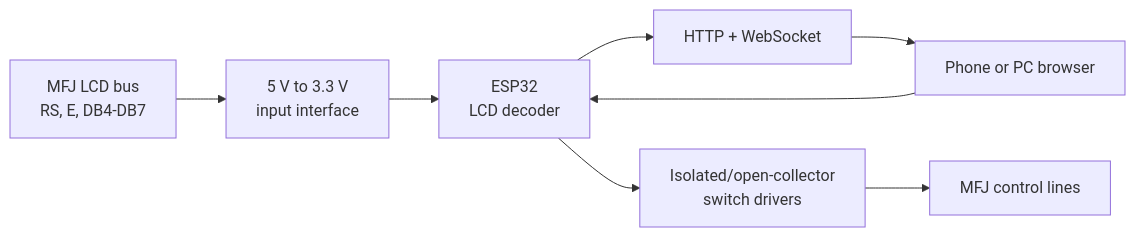
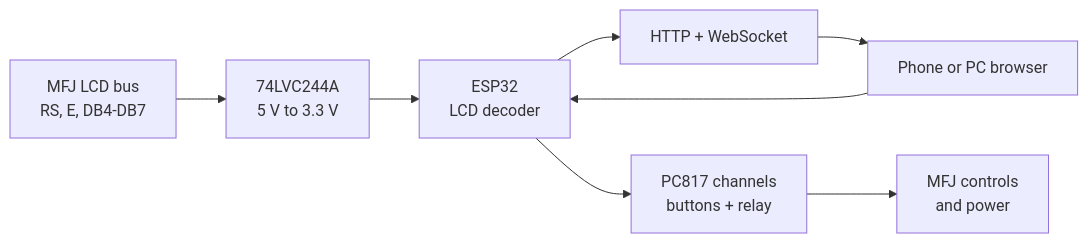
Before and after one commit to Balaganoff/MFJ-993B-Remote-Control: the diagram in README.md, drawn with Mermaid. The commit also changed other lines of this file and 13 other files, not shown here.

````diff
--- a/README.md
+++ b/README.md
@@ -26,7 +42,7 @@
 ```mermaid
 flowchart LR
-    LCD["MFJ LCD bus<br>RS, E, DB4-DB7"] --> LEVEL["5 V to 3.3 V<br>input interface"] --> ESP["ESP32<br>LCD decoder"]
+    LCD["MFJ LCD bus<br>RS, E, DB4-DB7"] --> LEVEL["74LVC244A<br>5 V to 3.3 V"] --> ESP["ESP32<br>LCD decoder"]
     ESP --> WEB["HTTP + WebSocket"] --> UI["Phone or PC browser"]
     UI --> ESP
-    ESP --> DRIVER["Isolated/open-collector<br>switch drivers"] --> PANEL["MFJ control lines"]
+    ESP --> DRIVER["PC817 channels<br>buttons + relay"] --> PANEL["MFJ controls<br>and power"]
 ```
````
